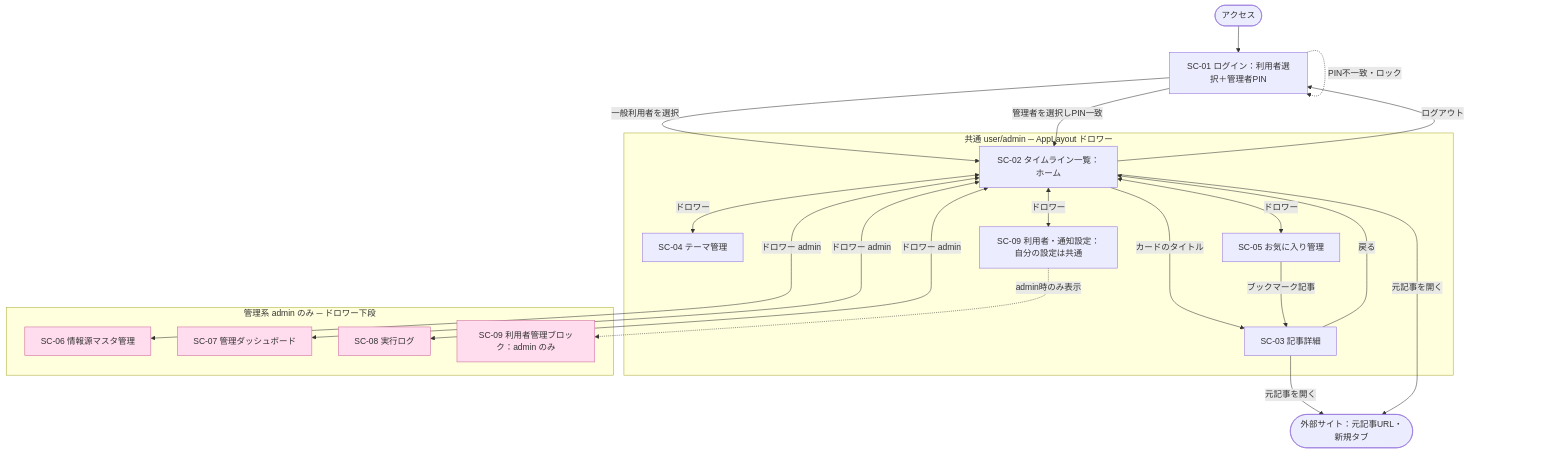
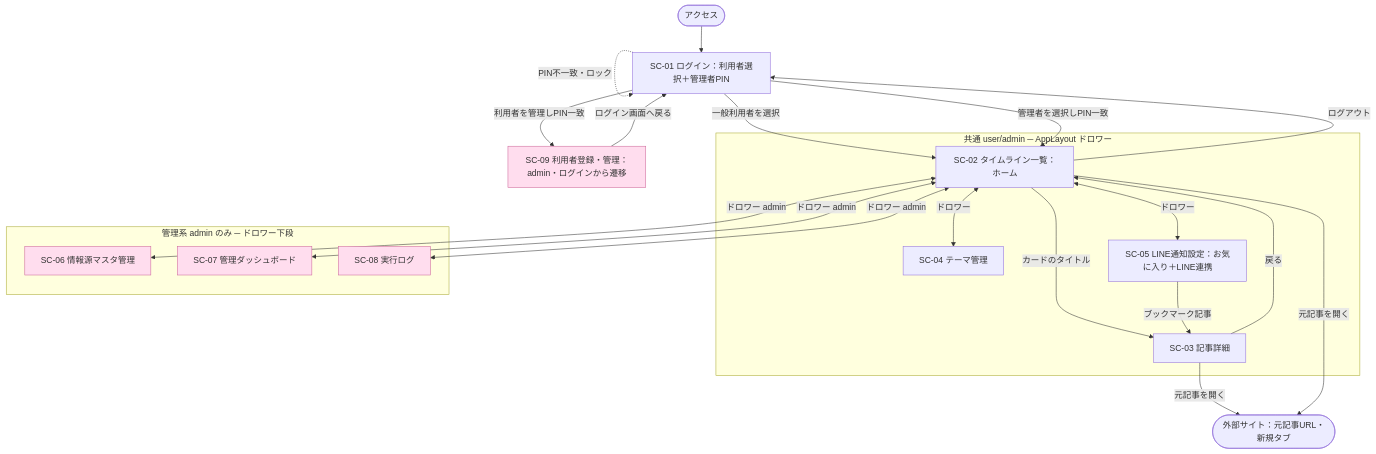
One commit to niro2ro/webapp-info-aggregator changed the diagram in 02_基本設計/画面遷移図.md. Above: the diagram before and after it, drawn with Mermaid. The commit also changed other lines of this file and 10 other files, not shown here.

````diff
--- a/02_基本設計/画面遷移図.md
+++ b/02_基本設計/画面遷移図.md
@@ -16,45 +16,45 @@
 ```mermaid
 flowchart TD
     START(["アクセス"]) --> SC01
 
     SC01["SC-01 ログイン：利用者選択＋管理者PIN"]
     SC01 -->|一般利用者を選択| SC02
     SC01 -->|管理者を選択しPIN一致| SC02
     SC01 -.->|PIN不一致・ロック| SC01
+    SC01 -->|利用者を管理しPIN一致| SC09
+    SC09 -->|ログイン画面へ戻る| SC01
 
     subgraph COMMON["共通 user/admin ─ AppLayout ドロワー"]
         SC02["SC-02 タイムライン一覧：ホーム"]
         SC03["SC-03 記事詳細"]
         SC04["SC-04 テーマ管理"]
-        SC05["SC-05 お気に入り管理"]
-        SC09["SC-09 利用者・通知設定：自分の設定は共通"]
+        SC05["SC-05 LINE通知設定：お気に入り＋LINE連携"]
     end
 
     subgraph ADMIN["管理系 admin のみ ─ ドロワー下段"]
         SC06["SC-06 情報源マスタ管理"]
         SC07["SC-07 管理ダッシュボード"]
         SC08["SC-08 実行ログ"]
-        SC09A["SC-09 利用者管理ブロック：admin のみ"]
     end
+
+    SC09["SC-09 利用者登録・管理：admin・ログインから遷移"]
 
     SC02 -->|カードのタイトル| SC03
     SC03 -->|戻る| SC02
     SC03 -->|元記事を開く| EXT
     SC02 -->|元記事を開く| EXT
     EXT(["外部サイト：元記事URL・新規タブ"])
 
     SC02 <-->|ドロワー| SC04
     SC02 <-->|ドロワー| SC05
-    SC02 <-->|ドロワー| SC09
     SC05 -->|ブックマーク記事| SC03
 
     SC02 <-->|ドロワー admin| SC06
     SC02 <-->|ドロワー admin| SC07
     SC02 <-->|ドロワー admin| SC08
-    SC09 -.->|admin時のみ表示| SC09A
 
     SC02 -->|ログアウト| SC01
 
     classDef admin fill:#fde,stroke:#c69;
-    class SC06,SC07,SC08,SC09A admin;
+    class SC06,SC07,SC08,SC09 admin;
 ```
````
